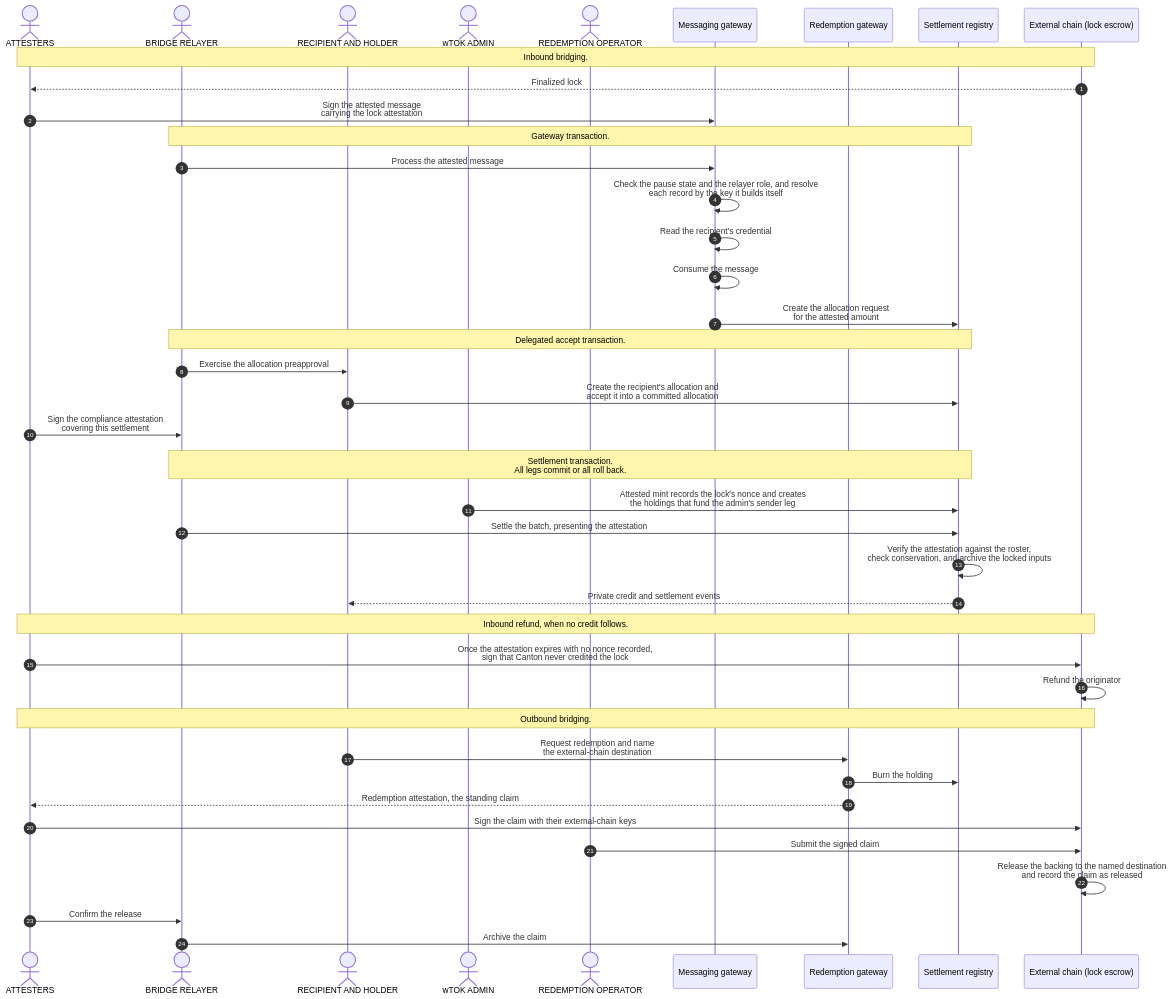
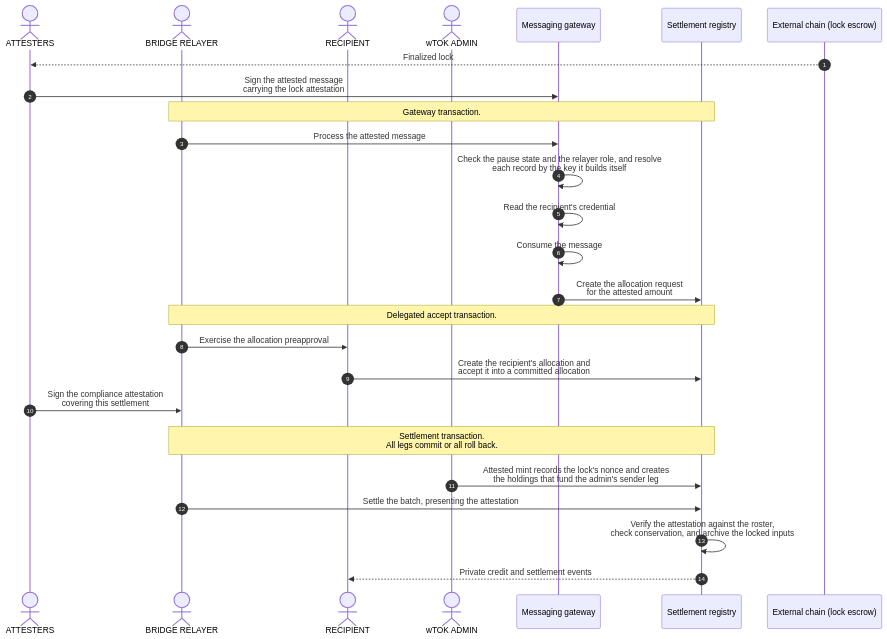
Before and after one commit to OpenZeppelin/canton-specs: the first of 4 diagrams in docs/reference-architectures/cross-chain-stablecoin.md, drawn with Mermaid. The commit also changed other lines of this file, not shown here.

First line of the commit message:
Rework the figures and the D2 seizure scope in the cross-chain stablecoin RI (#102)

````diff
--- a/docs/reference-architectures/cross-chain-stablecoin.md
+++ b/docs/reference-architectures/cross-chain-stablecoin.md
@@ -271,46 +297,31 @@
 ```mermaid
 sequenceDiagram
     autonumber
     actor Attesters as ATTESTERS
     actor Relayer as BRIDGE RELAYER
-    actor Recipient as RECIPIENT AND HOLDER
+    actor Recipient as RECIPIENT
     actor Admin as wTOK ADMIN
-    actor Operator as REDEMPTION OPERATOR
     participant App as Messaging gateway
-    participant Redeem as Redemption gateway
     participant Registry as Settlement registry
     participant Chain as External chain (lock escrow)
 
-    Note over Attesters,Chain: Inbound bridging.
     Chain-->>Attesters: Finalized lock
     Attesters->>App: Sign the attested message<br/>carrying the lock attestation
     Note over Relayer,Registry: Gateway transaction.
     Relayer->>App: Process the attested message
     App->>App: Check the pause state and the relayer role, and resolve<br/>each record by the key it builds itself
     App->>App: Read the recipient's credential
     App->>App: Consume the message
     App->>Registry: Create the allocation request<br/>for the attested amount
     Note over Relayer,Registry: Delegated accept transaction.
     Relayer->>Recipient: Exercise the allocation preapproval
     Recipient->>Registry: Create the recipient's allocation and<br/>accept it into a committed allocation
     Attesters->>Relayer: Sign the compliance attestation<br/>covering this settlement
     rect rgba(255, 255, 255, .1)
         Note over Relayer,Registry: Settlement transaction.<br/>All legs commit or all roll back.
         Admin->>Registry: Attested mint records the lock's nonce and creates<br/>the holdings that fund the admin's sender leg
         Relayer->>Registry: Settle the batch, presenting the attestation
         Registry->>Registry: Verify the attestation against the roster,<br/>check conservation, and archive the locked inputs
         Registry-->>Recipient: Private credit and settlement events
     end
-    Note over Attesters,Chain: Inbound refund, when no credit follows.
-    Attesters->>Chain: Once the attestation expires with no nonce recorded,<br/>sign that Canton never credited the lock
-    Chain->>Chain: Refund the originator
-    Note over Attesters,Chain: Outbound bridging.
-    Recipient->>Redeem: Request redemption and name<br/>the external-chain destination
-    Redeem->>Registry: Burn the holding
-    Redeem-->>Attesters: Redemption attestation, the standing claim
-    Attesters->>Chain: Sign the claim with their external-chain keys
-    Operator->>Chain: Submit the signed claim
-    Chain->>Chain: Release the backing to the named destination<br/>and record the claim as released
-    Attesters->>Relayer: Confirm the release
-    Relayer->>Redeem: Archive the claim
 ```
````
